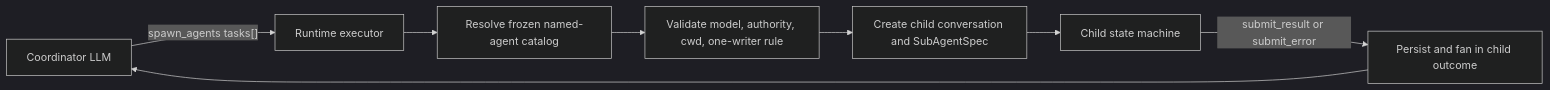
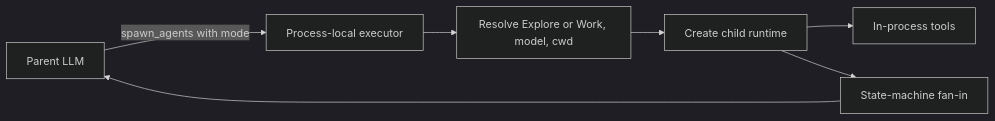
One commit to scottopell/phoenix-ide changed the second of 4 diagrams in tasks/73001-p2-done--general-high-effort-cheap-model-coding-agent.md. Above: the diagram before and after it, drawn with Mermaid (dark theme). The commit also changed other lines of this file, not shown here.

Commit message:
docs: align coding worker design with roadmap stack

````diff
--- a/tasks/73001-p2-done--general-high-effort-cheap-model-coding-agent.md
+++ b/tasks/73001-p2-done--general-high-effort-cheap-model-coding-agent.md
@@ -62,10 +110,9 @@
 ```mermaid
 flowchart LR
-    C["Coordinator LLM"] -->|"spawn_agents tasks[]"| E["Runtime executor"]
-    E --> R["Resolve frozen named-agent catalog"]
-    R --> V["Validate model, authority, cwd, one-writer rule"]
-    V --> S["Create child conversation and SubAgentSpec"]
-    S --> A["Child state machine"]
-    A -->|"submit_result or submit_error"| F["Persist and fan in child outcome"]
+    C["Parent LLM"] -->|"spawn_agents with mode"| E["Process-local executor"]
+    E --> V["Resolve Explore or Work, model, cwd"]
+    V --> S["Create child runtime"]
+    S --> T["In-process tools"]
+    S --> F["State-machine fan-in"]
     F --> C
 ```
````
